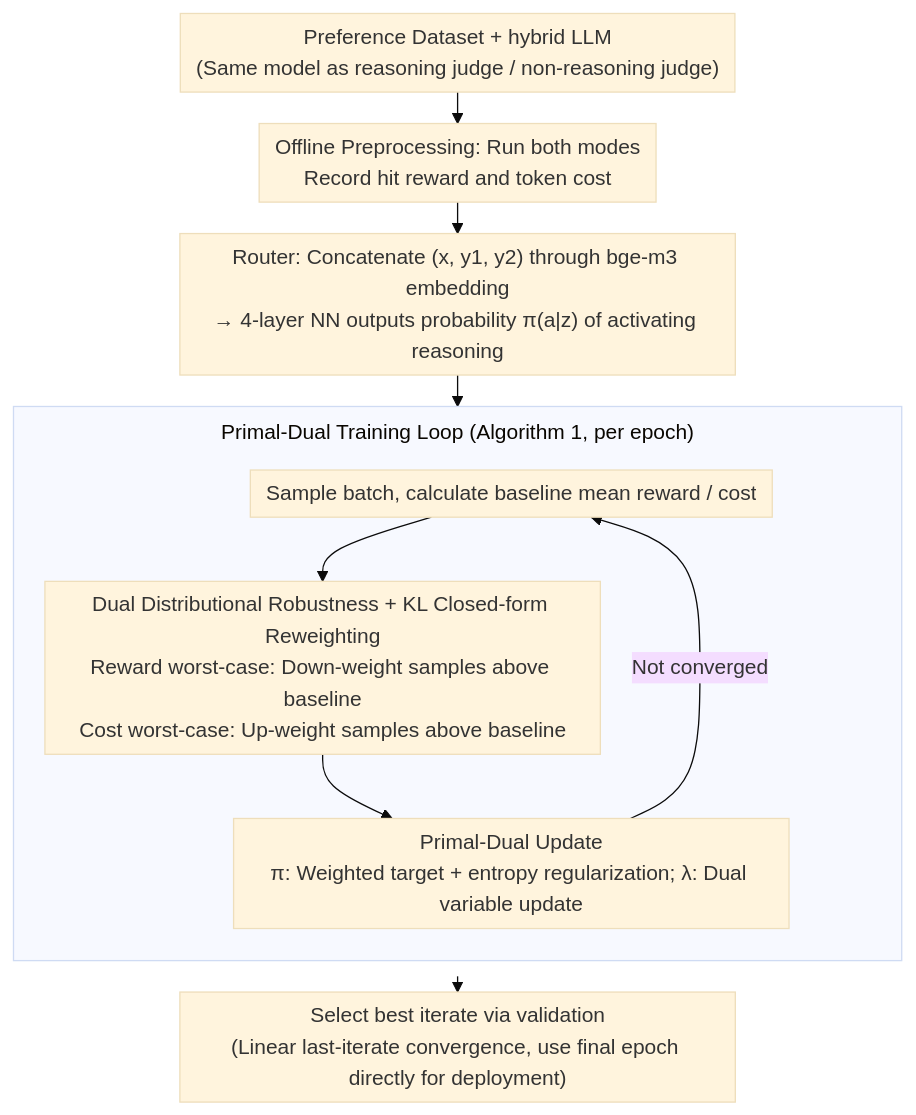
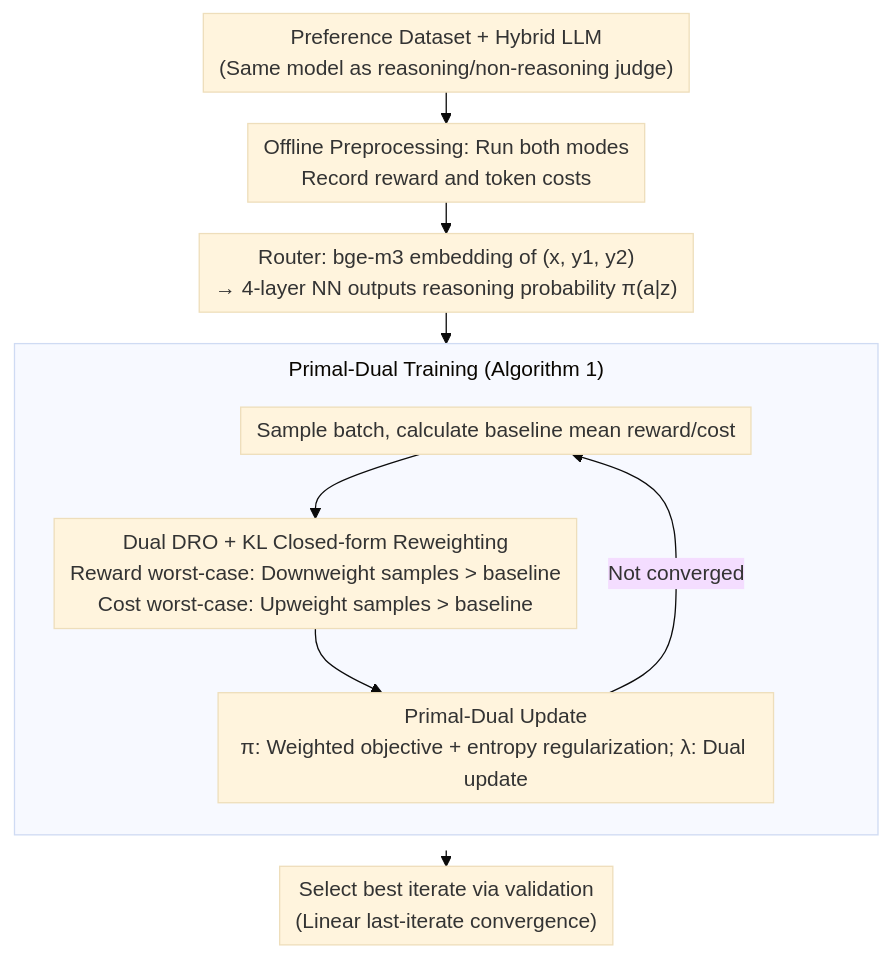
The diagram in docs/ICML2026/llm_evaluation/reasoning_is_not_free_robust_adaptive_cost-efficient_routing_for_llm-as-a-judge.md (zhaoyang97/Paper-Notes-en), drawn with Mermaid (base theme) before and after one commit. The commit also changed other lines of this file and 5084 other files, not shown here.

````diff
--- a/docs/ICML2026/llm_evaluation/reasoning_is_not_free_robust_adaptive_cost-efficient_routing_for_llm-as-a-judge.md
+++ b/docs/ICML2026/llm_evaluation/reasoning_is_not_free_robust_adaptive_cost-efficient_routing_for_llm-as-a-judge.md
@@ -45,14 +45,14 @@
 ```mermaid
 %%{init: {'flowchart': {'rankSpacing': 24, 'nodeSpacing': 28, 'padding': 6, 'wrappingWidth': 400, 'subGraphTitleMargin': {'top': 8, 'bottom': 16}}}}%%
 flowchart TD
-    A["Preference Dataset + hybrid LLM<br/>(Same model as reasoning judge / non-reasoning judge)"] --> B["Offline Preprocessing: Run both modes<br/>Record hit reward and token cost"]
-    B --> C["Router: Concatenate (x, y1, y2) through bge-m3 embedding<br/>→ 4-layer NN outputs probability π(a|z) of activating reasoning"]
+    A["Preference Dataset + Hybrid LLM<br/>(Same model as reasoning/non-reasoning judge)"] --> B["Offline Preprocessing: Run both modes<br/>Record reward and token costs"]
+    B --> C["Router: bge-m3 embedding of (x, y1, y2)<br/>→ 4-layer NN outputs reasoning probability π(a|z)"]
     C --> D
-    subgraph LOOP["Primal-Dual Training Loop (Algorithm 1, per epoch)"]
+    subgraph LOOP["Primal-Dual Training (Algorithm 1)"]
         direction TB
-        D["Sample batch, calculate baseline mean reward / cost"] --> E["Dual Distributional Robustness + KL Closed-form Reweighting<br/>Reward worst-case: Down-weight samples above baseline<br/>Cost worst-case: Up-weight samples above baseline"]
-        E --> F["Primal-Dual Update<br/>π: Weighted target + entropy regularization; λ: Dual variable update"]
+        D["Sample batch, calculate baseline mean reward/cost"] --> E["Dual DRO + KL Closed-form Reweighting<br/>Reward worst-case: Downweight samples > baseline<br/>Cost worst-case: Upweight samples > baseline"]
+        E --> F["Primal-Dual Update<br/>π: Weighted objective + entropy regularization; λ: Dual update"]
         F -->|Not converged| D
     end
-    LOOP --> G["Select best iterate via validation<br/>(Linear last-iterate convergence, use final epoch directly for deployment)"]
+    LOOP --> G["Select best iterate via validation<br/>(Linear last-iterate convergence)"]
 ```
````
